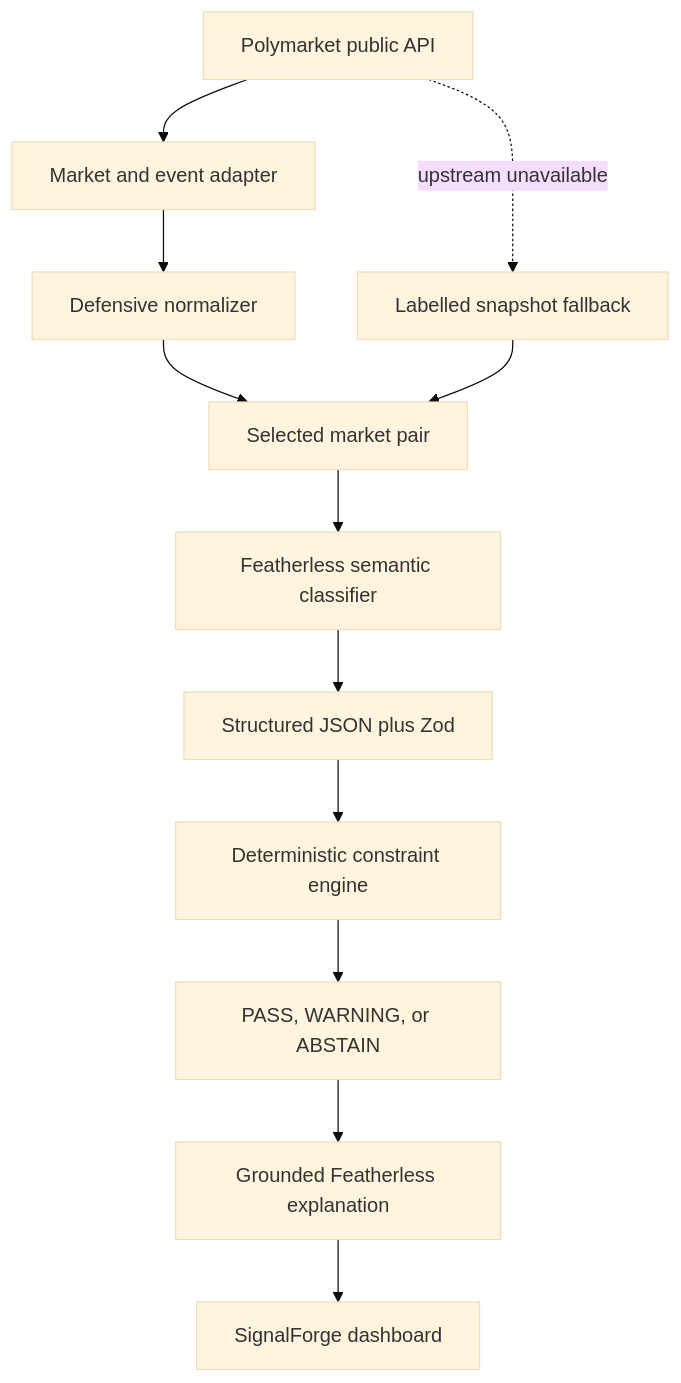
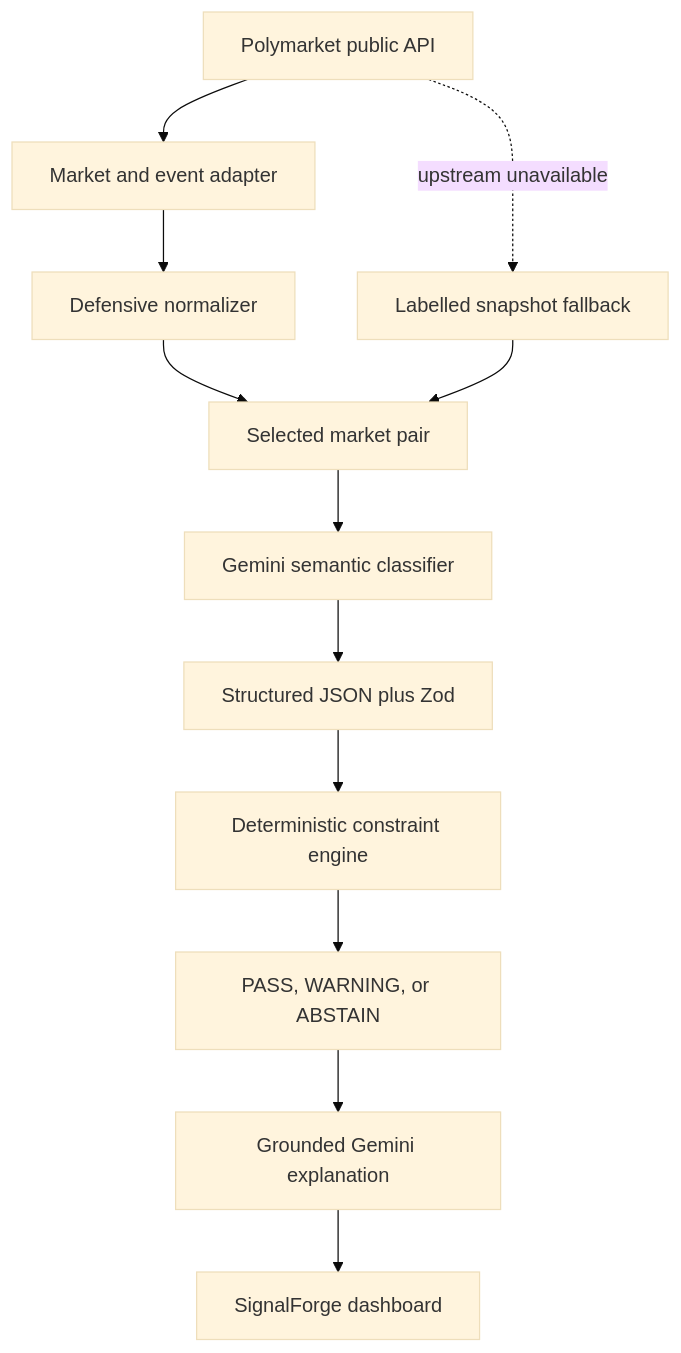
One commit to Takzin1/SignalForge changed the diagram in README.md. Above: the diagram before and after it, drawn with Mermaid (base theme). The commit also changed other lines of this file and 9 other files, not shown here.

Commit message:
feat: migrate semantic pipeline to Gemini

````diff
--- a/README.md
+++ b/README.md
@@ -42,14 +42,14 @@
 ```mermaid
 flowchart TD
     A[Polymarket public API] --> B[Market and event adapter]
     B --> C[Defensive normalizer]
     C --> D[Selected market pair]
     A -. upstream unavailable .-> S[Labelled snapshot fallback]
     S --> D
-    D --> E[Featherless semantic classifier]
+    D --> E[Gemini semantic classifier]
     E --> F[Structured JSON plus Zod]
     F --> G[Deterministic constraint engine]
     G --> H[PASS, WARNING, or ABSTAIN]
-    H --> I[Grounded Featherless explanation]
+    H --> I[Grounded Gemini explanation]
     I --> J[SignalForge dashboard]
 ```
````
